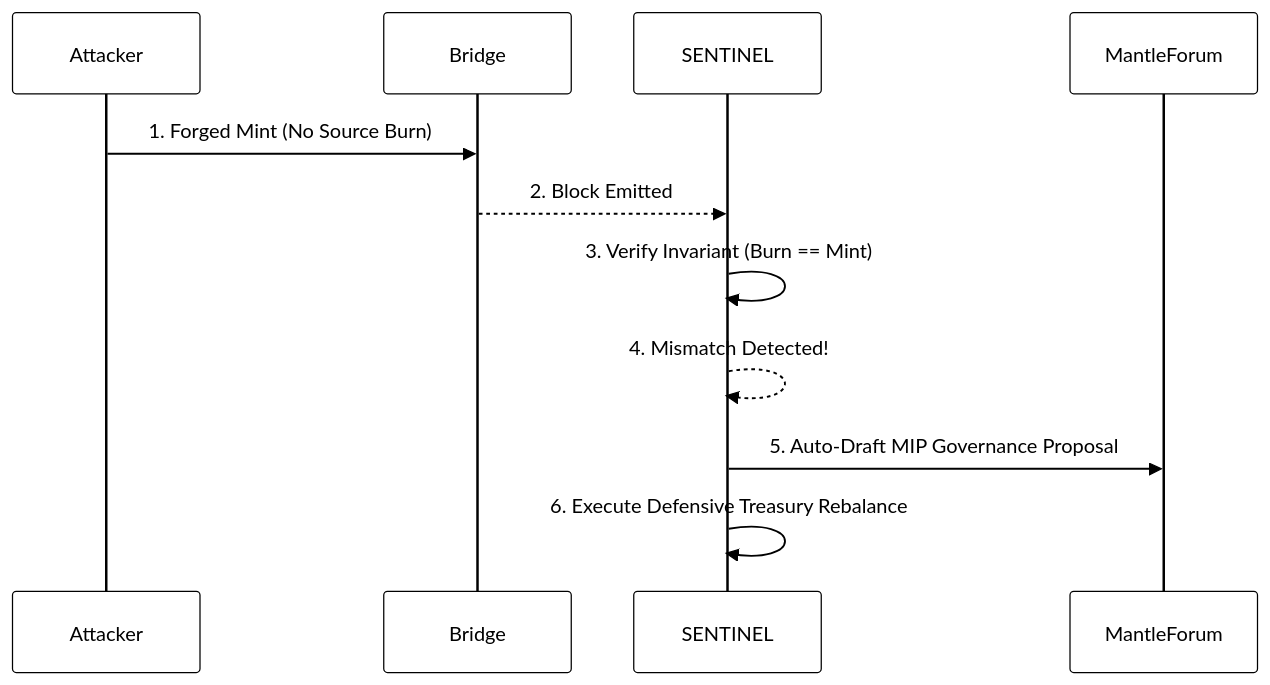
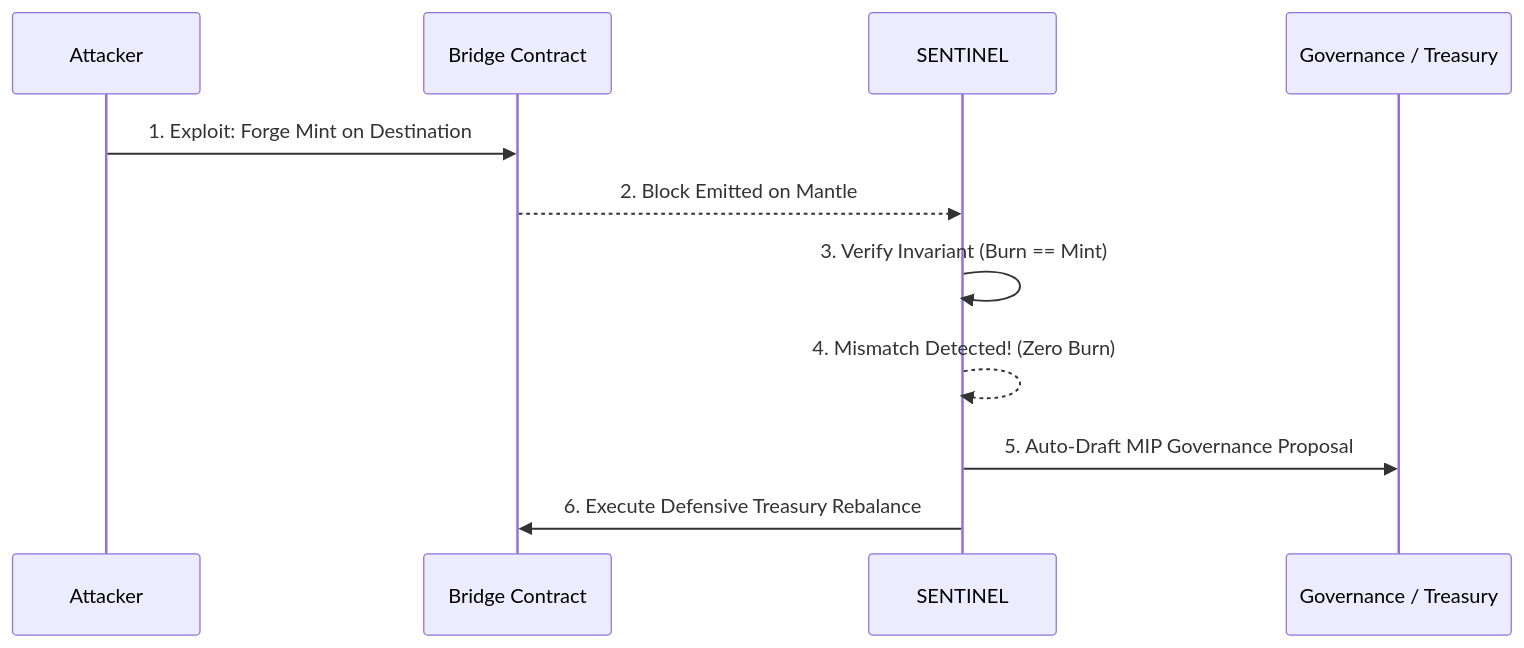
Before and after one commit to Lakshmikanth-3/mantle: the second of 2 diagrams in README.md, drawn with Mermaid. The commit also changed other lines of this file, not shown here.

````diff
--- a/README.md
+++ b/README.md
@@ -23,15 +34,14 @@
 ```mermaid
-%%{init: {'theme': 'base', 'themeVariables': { 'primaryColor': '#ffffff', 'primaryBorderColor': '#000000', 'primaryTextColor': '#000000', 'lineColor': '#000000', 'tertiaryColor': '#ffffff', 'secondaryColor': '#ffffff', 'mainBkg': '#ffffff'}}}%%
 sequenceDiagram
-    participant Attacker
-    participant Bridge
-    participant SENTINEL
-    participant MantleForum
+    participant A as Attacker
+    participant B as Bridge Contract
+    participant S as SENTINEL
+    participant G as Governance / Treasury
     
-    Attacker->>Bridge: 1. Forged Mint (No Source Burn)
-    Bridge-->>SENTINEL: 2. Block Emitted
-    SENTINEL->>SENTINEL: 3. Verify Invariant (Burn == Mint)
-    SENTINEL-->>SENTINEL: 4. Mismatch Detected!
-    SENTINEL->>MantleForum: 5. Auto-Draft MIP Governance Proposal
-    SENTINEL->>SENTINEL: 6. Execute Defensive Treasury Rebalance
+    A->>B: 1. Exploit: Forge Mint on Destination
+    B-->>S: 2. Block Emitted on Mantle
+    S->>S: 3. Verify Invariant (Burn == Mint)
+    S-->>S: 4. Mismatch Detected! (Zero Burn)
+    S->>G: 5. Auto-Draft MIP Governance Proposal
+    S->>B: 6. Execute Defensive Treasury Rebalance
 ```
````
